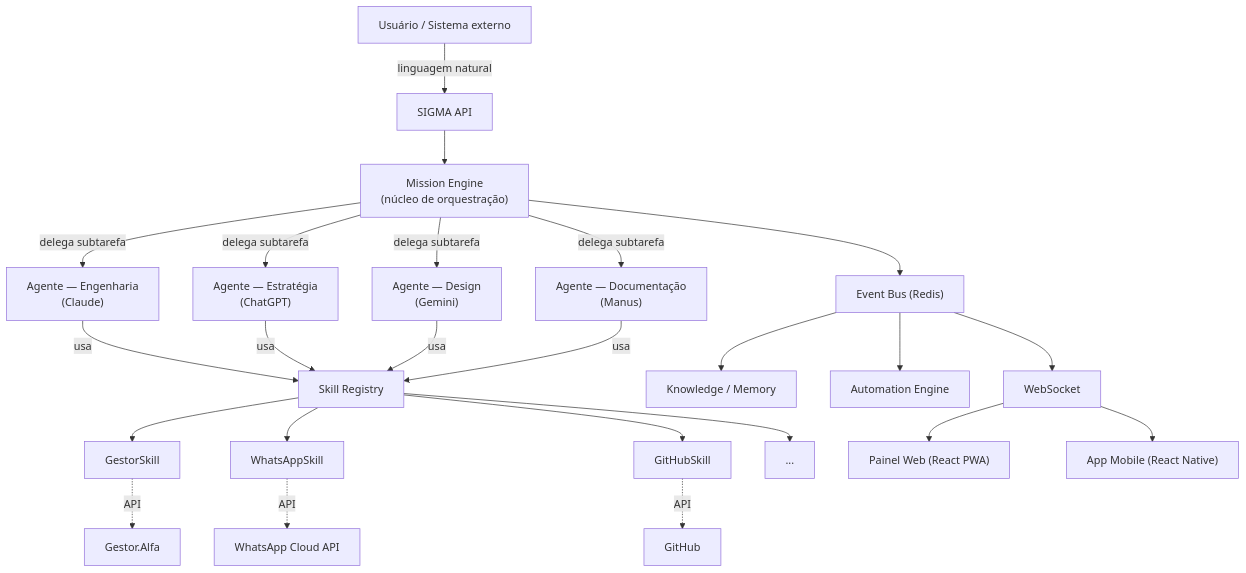
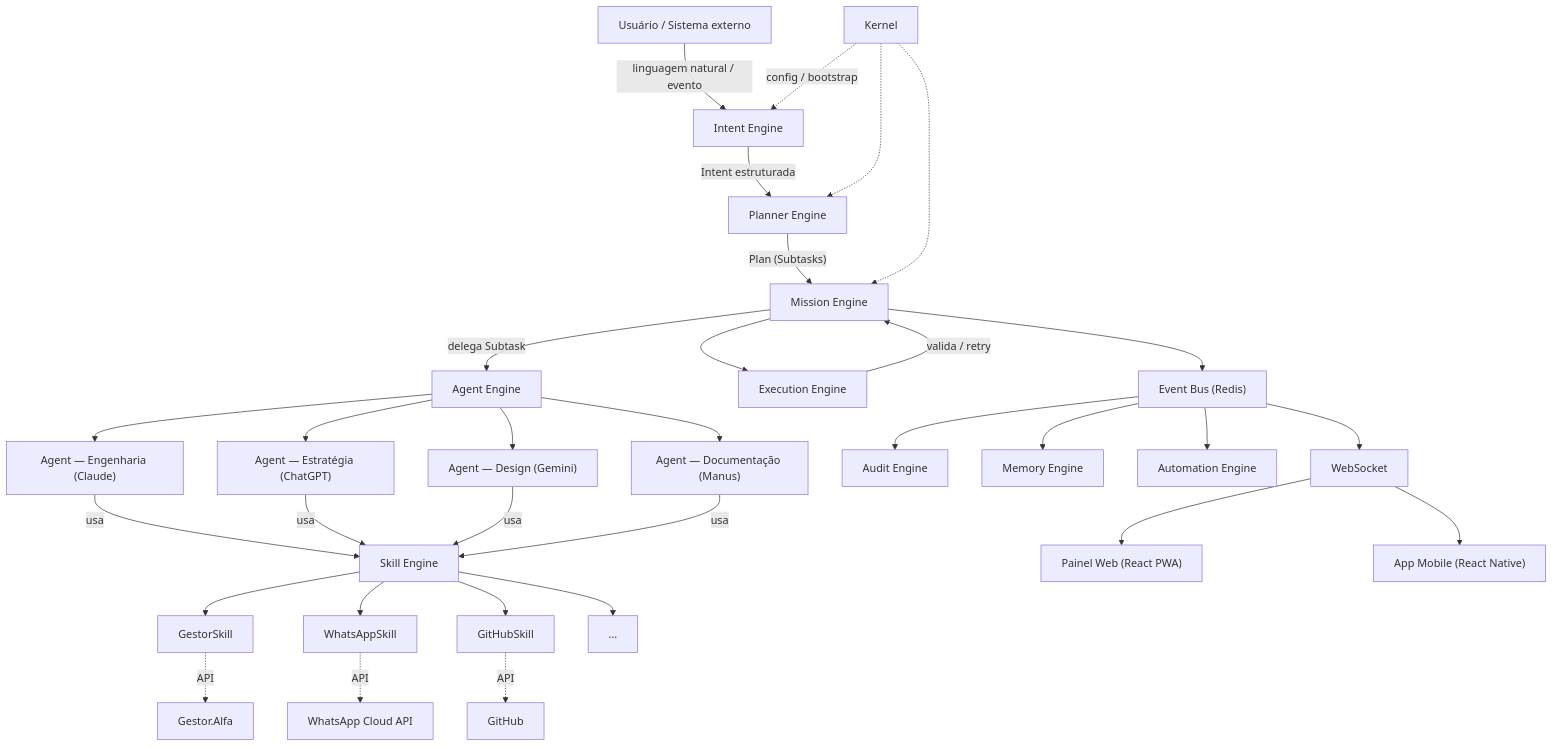
One commit to FelipeGat/Project-SIGMA changed the first of 2 diagrams in docs/architecture/ARCHITECTURE.md. Above: the diagram before and after it, drawn with Mermaid. The commit also changed other lines of this file and 47 other files, not shown here.

````diff
--- a/docs/architecture/ARCHITECTURE.md
+++ b/docs/architecture/ARCHITECTURE.md
@@ -15,26 +38,34 @@
 ```mermaid
 graph TB
-    User["Usuário / Sistema externo"] -->|"linguagem natural"| API["SIGMA API"]
-    API --> MissionEngine["Mission Engine<br/>(núcleo de orquestração)"]
-    MissionEngine -->|"delega subtarefa"| Agent1["Agente — Engenharia<br/>(Claude)"]
-    MissionEngine -->|"delega subtarefa"| Agent2["Agente — Estratégia<br/>(ChatGPT)"]
-    MissionEngine -->|"delega subtarefa"| Agent3["Agente — Design<br/>(Gemini)"]
-    MissionEngine -->|"delega subtarefa"| Agent4["Agente — Documentação<br/>(Manus)"]
-    Agent1 -->|"usa"| SkillRegistry["Skill Registry"]
-    Agent2 -->|"usa"| SkillRegistry
-    Agent3 -->|"usa"| SkillRegistry
-    Agent4 -->|"usa"| SkillRegistry
-    SkillRegistry --> S1["GestorSkill"]
-    SkillRegistry --> S2["WhatsAppSkill"]
-    SkillRegistry --> S3["GitHubSkill"]
-    SkillRegistry --> S4["..."]
+    User["Usuário / Sistema externo"] -->|"linguagem natural / evento"| Intent["Intent Engine"]
+    Intent -->|"Intent estruturada"| Planner["Planner Engine"]
+    Planner -->|"Plan (Subtasks)"| Mission["Mission Engine"]
+    Mission -->|"delega Subtask"| AgentEng["Agent Engine"]
+    AgentEng --> Agent1["Agent — Engenharia (Claude)"]
+    AgentEng --> Agent2["Agent — Estratégia (ChatGPT)"]
+    AgentEng --> Agent3["Agent — Design (Gemini)"]
+    AgentEng --> Agent4["Agent — Documentação (Manus)"]
+    Agent1 -->|"usa"| SkillEng["Skill Engine"]
+    Agent2 -->|"usa"| SkillEng
+    Agent3 -->|"usa"| SkillEng
+    Agent4 -->|"usa"| SkillEng
+    SkillEng --> S1["GestorSkill"]
+    SkillEng --> S2["WhatsAppSkill"]
+    SkillEng --> S3["GitHubSkill"]
+    SkillEng --> S4["..."]
     S1 -.->|"API"| Ext1["Gestor.Alfa"]
     S2 -.->|"API"| Ext2["WhatsApp Cloud API"]
     S3 -.->|"API"| Ext3["GitHub"]
-    MissionEngine --> EventBus["Event Bus (Redis)"]
-    EventBus --> Knowledge["Knowledge / Memory"]
+    Mission --> Exec["Execution Engine"]
+    Exec -->|"valida / retry"| Mission
+    Mission --> EventBus["Event Bus (Redis)"]
+    EventBus --> Audit["Audit Engine"]
+    EventBus --> Memory["Memory Engine"]
     EventBus --> Automation["Automation Engine"]
     EventBus --> WS["WebSocket"]
     WS --> Web["Painel Web (React PWA)"]
     WS --> Mobile["App Mobile (React Native)"]
+    Kernel["Kernel"] -.->|"config / bootstrap"| Intent
+    Kernel -.-> Planner
+    Kernel -.-> Mission
 ```
````
